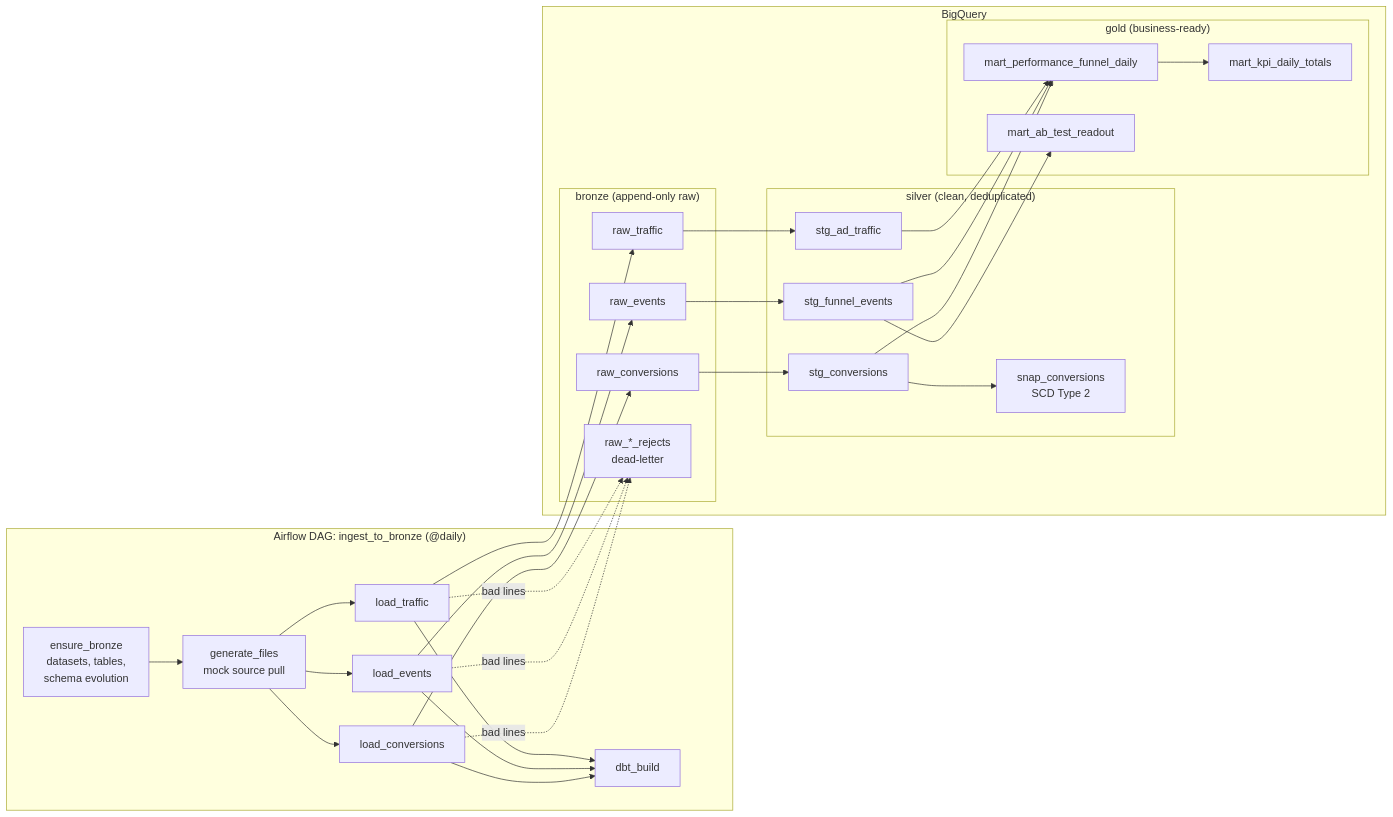
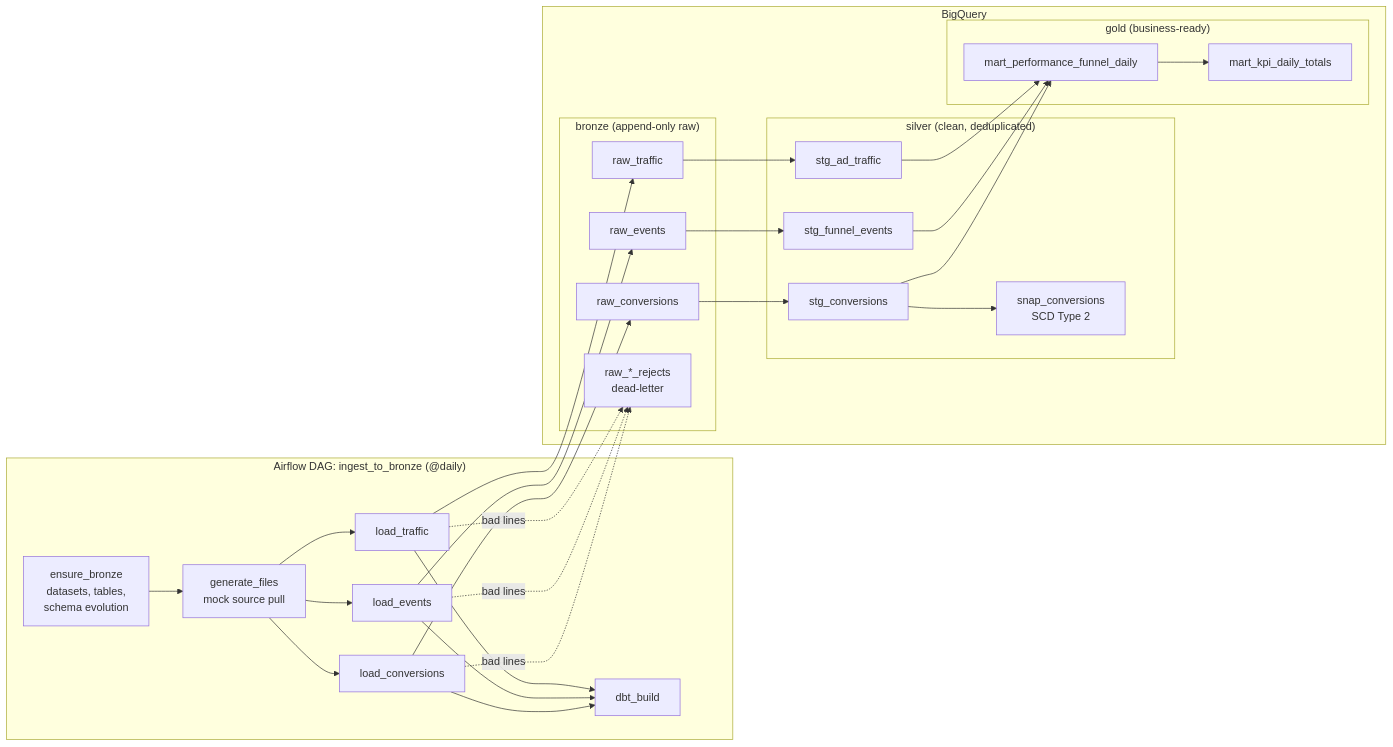
The first of 2 diagrams in README.md (JenyaGL/Performance-Marketing-Analytics-Pipeline), drawn with Mermaid before and after one commit. The commit also changed other lines of this file and 3 other files, not shown here.

First line of the commit message:
Remove the A/B test readout mart; document alerting in the README

````diff
--- a/README.md
+++ b/README.md
@@ -30,41 +31,39 @@
 ```mermaid
 flowchart LR
     subgraph Airflow["Airflow DAG: ingest_to_bronze (@daily)"]
         A[ensure_bronze<br/>datasets, tables,<br/>schema evolution] --> B[generate_files<br/>mock source pull]
         B --> C1[load_traffic]
         B --> C2[load_events]
         B --> C3[load_conversions]
         C1 & C2 & C3 --> D[dbt_build]
     end
 
     subgraph BQ["BigQuery"]
         subgraph Bronze["bronze (append-only raw)"]
             R1[raw_traffic]
             R2[raw_events]
             R3[raw_conversions]
             RJ[raw_*_rejects<br/>dead-letter]
         end
         subgraph Silver["silver (clean, deduplicated)"]
             S1[stg_ad_traffic]
             S2[stg_funnel_events]
             S3[stg_conversions]
             SN[snap_conversions<br/>SCD Type 2]
         end
         subgraph Gold["gold (business-ready)"]
             G1[mart_performance_funnel_daily]
             G2[mart_kpi_daily_totals]
-            G3[mart_ab_test_readout]
         end
     end
 
     C1 --> R1
     C2 --> R2
     C3 --> R3
     C1 & C2 & C3 -. bad lines .-> RJ
     R1 --> S1
     R2 --> S2
     R3 --> S3
     S3 --> SN
     S1 & S2 & S3 --> G1 --> G2
-    S2 --> G3
 ```
````
